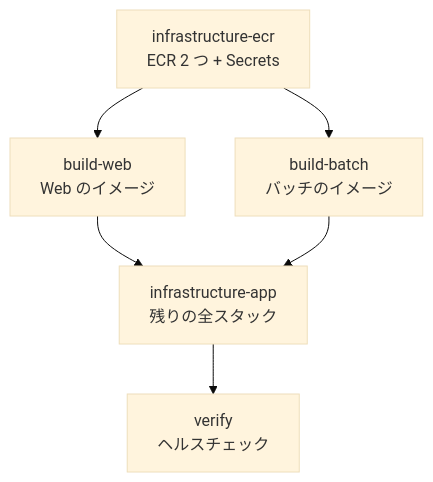
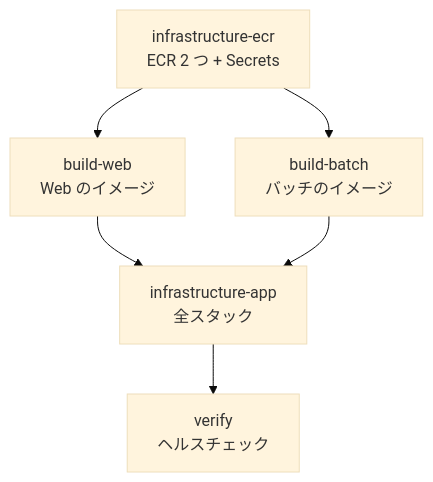
The diagram in docs/services/stock-tracker/specs/deploy.md (nagiyu/nagiyu-platform), drawn with Mermaid (base theme) before and after one commit. The commit also changed other lines of this file and 11 other files, not shown here.

````diff
--- a/docs/services/stock-tracker/specs/deploy.md
+++ b/docs/services/stock-tracker/specs/deploy.md
@@ -53,8 +51,8 @@
 ```mermaid
 flowchart TD
     A[infrastructure-ecr<br/>ECR 2 つ + Secrets] --> B[build-web<br/>Web のイメージ]
     A --> C[build-batch<br/>バッチのイメージ]
-    B --> D[infrastructure-app<br/>残りの全スタック]
+    B --> D[infrastructure-app<br/>全スタック]
     C --> D
     D --> E[verify<br/>ヘルスチェック]
 ```
````
